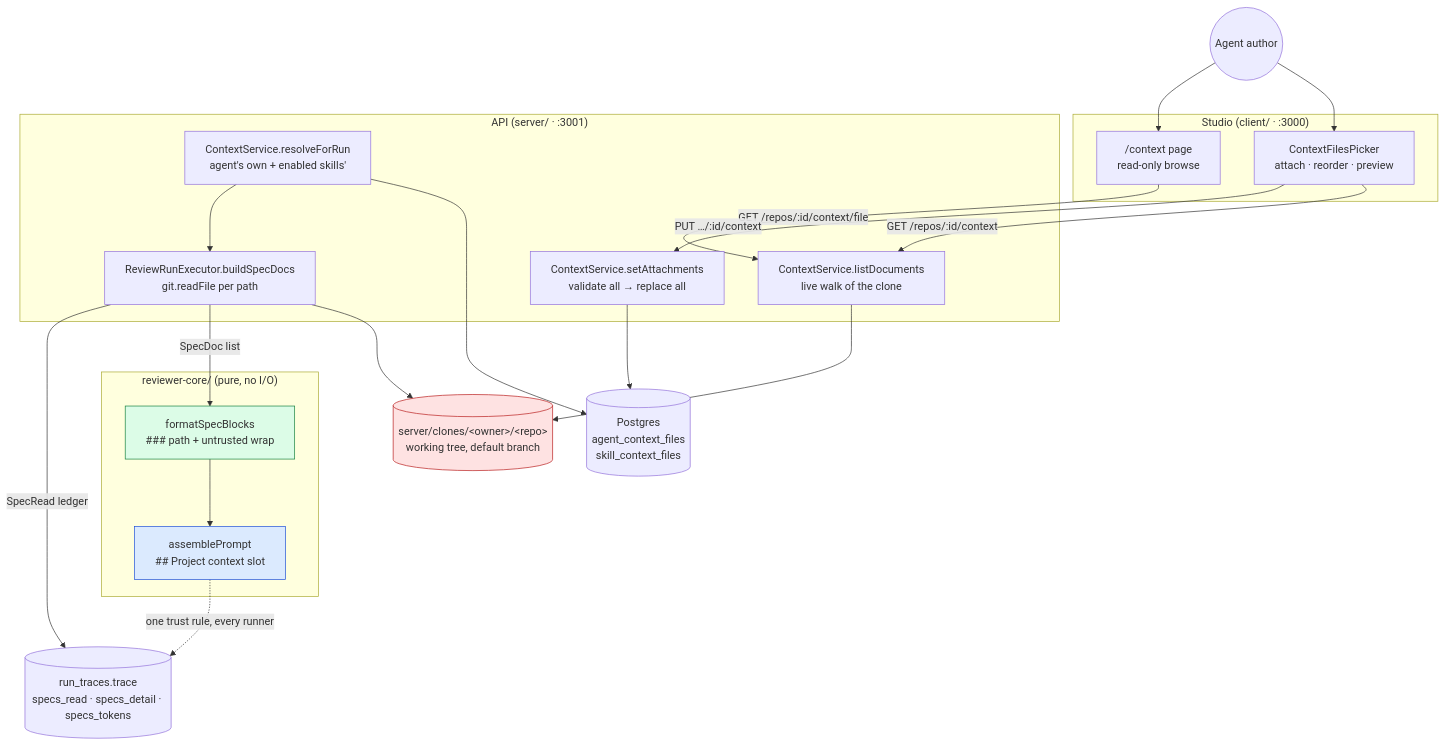
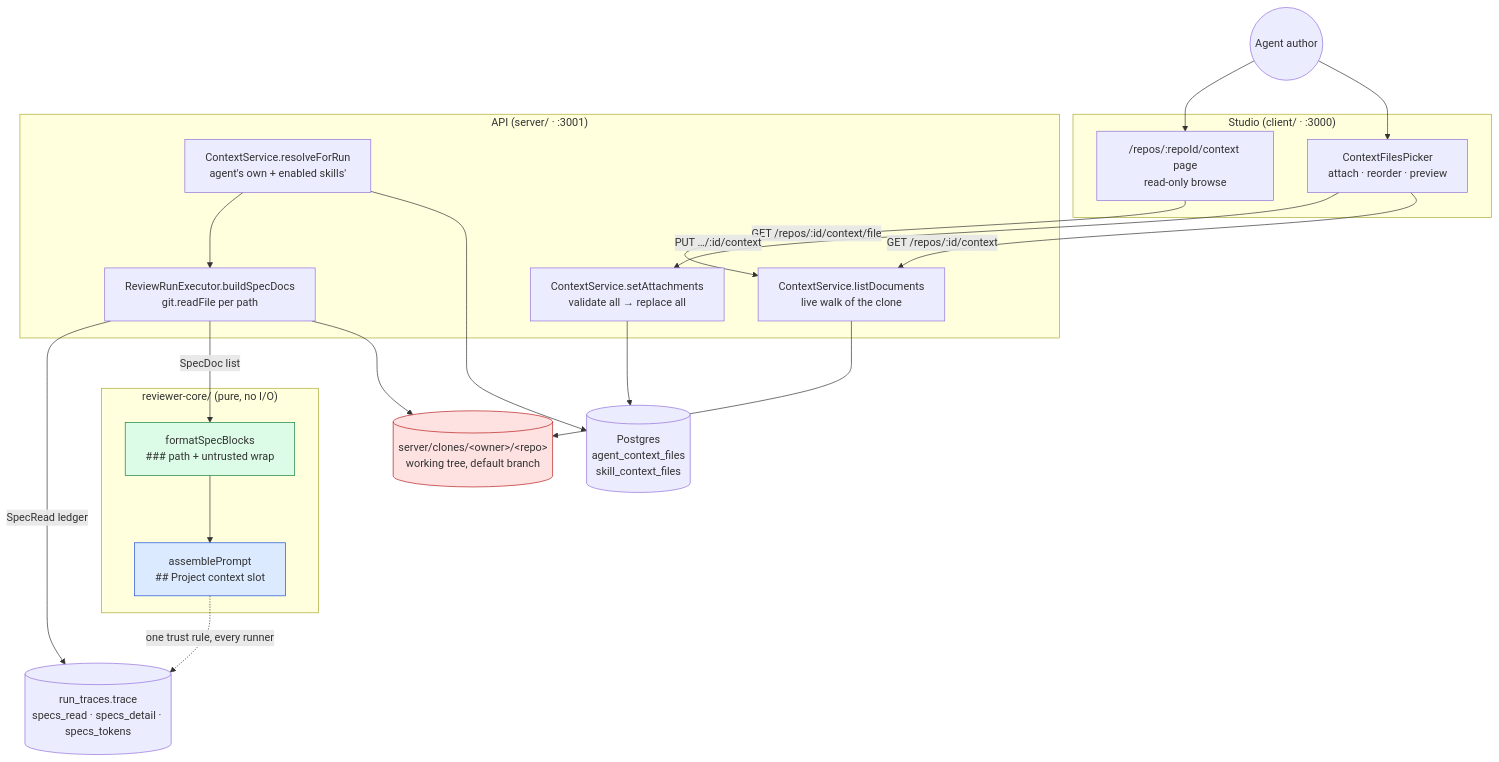
The first of 5 diagrams in docs/project-context-architecture.md (Sashanikitenkova/dev-digest), drawn with Mermaid before and after one commit. The commit also changed other lines of this file and 12 other files, not shown here.

````diff
--- a/docs/project-context-architecture.md
+++ b/docs/project-context-architecture.md
@@ -21,45 +21,45 @@
 ```mermaid
 flowchart TD
     AUTHOR(("Agent author"))
 
     subgraph Studio["Studio (client/ · :3000)"]
         PICKER["ContextFilesPicker<br/>attach · reorder · preview"]
-        PAGE["/context page<br/>read-only browse"]
+        PAGE["/repos/:repoId/context page<br/>read-only browse"]
     end
 
     subgraph Api["API (server/ · :3001)"]
         DISC["ContextService.listDocuments<br/>live walk of the clone"]
         PUT["ContextService.setAttachments<br/>validate all → replace all"]
         RESOLVE["ContextService.resolveForRun<br/>agent's own + enabled skills'"]
         READ["ReviewRunExecutor.buildSpecDocs<br/>git.readFile per path"]
     end
 
     PG[("Postgres<br/>agent_context_files<br/>skill_context_files")]
     CLONE[("server/clones/&lt;owner&gt;/&lt;repo&gt;<br/>working tree, default branch")]
 
     subgraph Core["reviewer-core/ (pure, no I/O)"]
         FMT["formatSpecBlocks<br/>### path + untrusted wrap"]
         ASM["assemblePrompt<br/>## Project context slot"]
     end
 
     TRACE[("run_traces.trace<br/>specs_read · specs_detail · specs_tokens")]
 
     AUTHOR --> PICKER
     AUTHOR --> PAGE
     PICKER -->|"GET /repos/:id/context"| DISC
     PAGE -->|"GET /repos/:id/context/file"| DISC
     DISC --> CLONE
     PICKER -->|"PUT …/:id/context"| PUT
     PUT --> PG
     RESOLVE --> PG
     RESOLVE --> READ
     READ --> CLONE
     READ -->|"SpecDoc list"| FMT
     FMT --> ASM
     READ -->|"SpecRead ledger"| TRACE
     ASM -.->|"one trust rule, every runner"| TRACE
 
     style CLONE fill:#fee2e2,stroke:#b91c1c
     style FMT fill:#dcfce7,stroke:#15803d
     style ASM fill:#dbeafe,stroke:#1d4ed8
 ```
````
